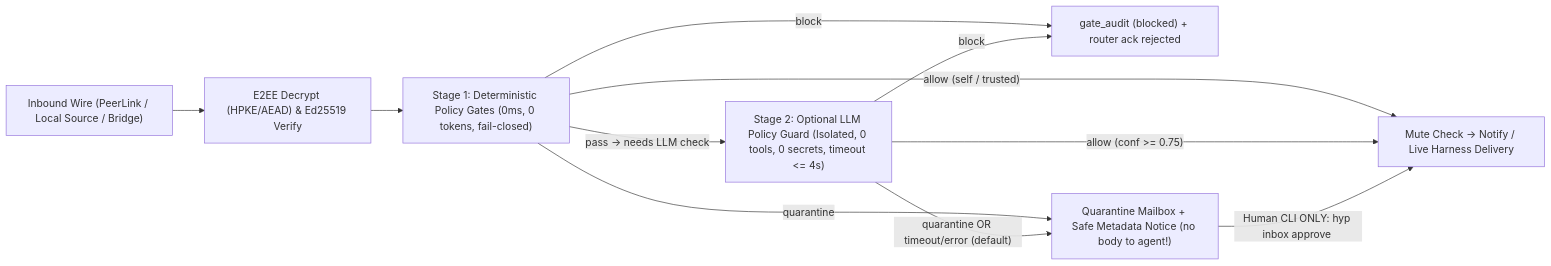
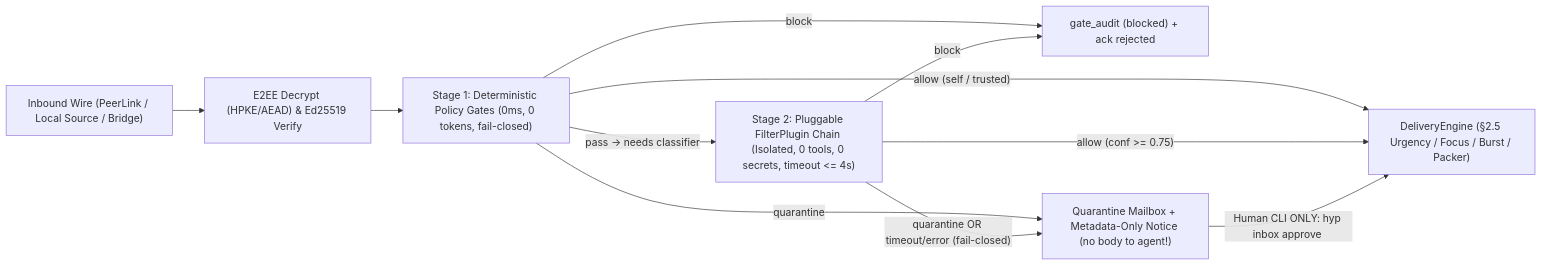
Before and after one commit to hyphae-to/hyp: the fourth of 5 diagrams in docs/architecture-v2.md, drawn with Mermaid. The commit also changed other lines of this file and 11 other files, not shown here.

````diff
--- a/docs/architecture-v2.md
+++ b/docs/architecture-v2.md
@@ -500,13 +308,13 @@
 ```mermaid
 flowchart LR
   Wire["Inbound Wire (PeerLink / Local Source / Bridge)"] --> Decrypt["E2EE Decrypt (HPKE/AEAD) & Ed25519 Verify"]
   Decrypt --> S1["Stage 1: Deterministic Policy Gates (0ms, 0 tokens, fail-closed)"]
-  S1 -->|"block"| AuditDrop["gate_audit (blocked) + router ack rejected"]
-  S1 -->|"quarantine"| QBox["Quarantine Mailbox + Safe Metadata Notice (no body to agent!)"]
-  S1 -->|"pass -> needs LLM check"| S2["Stage 2: Optional LLM Policy Guard (Isolated, 0 tools, 0 secrets, timeout <= 4s)"]
-  S1 -->|"allow (self / trusted)"| Deliver["Mute Check -> Notify / Live Harness Delivery"]
+  S1 -->|"block"| AuditDrop["gate_audit (blocked) + ack rejected"]
+  S1 -->|"quarantine"| QBox["Quarantine Mailbox + Metadata-Only Notice (no body to agent!)"]
+  S1 -->|"pass -> needs classifier"| S2["Stage 2: Pluggable FilterPlugin Chain (Isolated, 0 tools, 0 secrets, timeout <= 4s)"]
+  S1 -->|"allow (self / trusted)"| Deliver["DeliveryEngine (§2.5 Urgency / Focus / Burst / Packer)"]
   S2 -->|"allow (conf >= 0.75)"| Deliver
-  S2 -->|"quarantine OR timeout/error (default)"| QBox
+  S2 -->|"quarantine OR timeout/error (fail-closed)"| QBox
   S2 -->|"block"| AuditDrop
   QBox -->|"Human CLI ONLY: hyp inbox approve <receipt>"| Deliver
 ```
````
